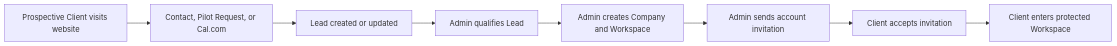
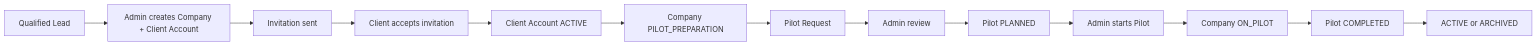
One commit to blih-tech/blihops-design changed the diagram in 02-UX/User-Flows.md. Above: the diagram before and after it, drawn with Mermaid. The commit also changed other lines of this file and 12 other files, not shown here.

Commit message:
docs: define client company and pilot workflows

````diff
--- a/02-UX/User-Flows.md
+++ b/02-UX/User-Flows.md
@@ -20,10 +19,15 @@
 ```mermaid
 flowchart LR
-    A["Prospective Client visits website"] --> B["Contact, Pilot Request, or Cal.com"]
-    B --> C["Lead created or updated"]
-    C --> D["Admin qualifies Lead"]
-    D --> E["Admin creates Company and Workspace"]
-    E --> F["Admin sends account invitation"]
-    F --> G["Client accepts invitation"]
-    G --> H["Client enters protected Workspace"]
+    A["Qualified Lead"] --> B["Admin creates Company + Client Account"]
+    B --> C["Invitation sent"]
+    C --> D["Client accepts invitation"]
+    D --> E["Client Account ACTIVE"]
+    E --> F["Company PILOT_PREPARATION"]
+    F --> G["Pilot Request"]
+    G --> H["Admin review"]
+    H --> I["Pilot PLANNED"]
+    I --> J["Admin starts Pilot"]
+    J --> K["Company ON_PILOT"]
+    K --> L["Pilot COMPLETED"]
+    L --> M["ACTIVE or ARCHIVED"]
 ```
````
